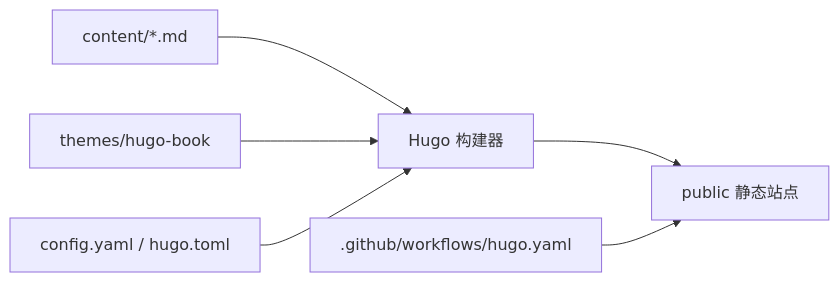
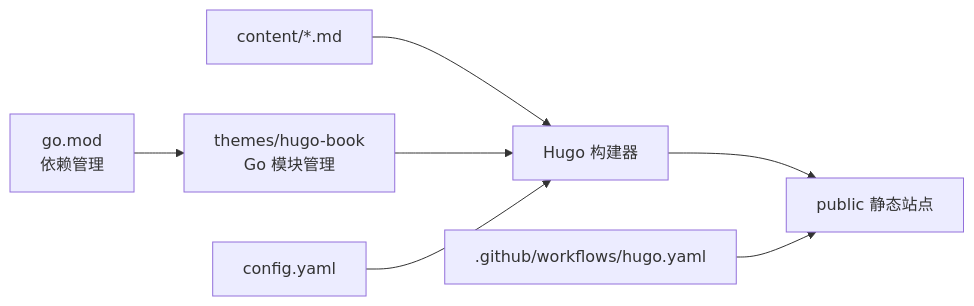
One commit to nianjiang/nianjiang.github.io changed the third of 3 diagrams in .qoder/repowiki/zh/content/贡献指南.md. Above: the diagram before and after it, drawn with Mermaid. The commit also changed other lines of this file and 176 other files, not shown here.

````diff
--- a/.qoder/repowiki/zh/content/贡献指南.md
+++ b/.qoder/repowiki/zh/content/贡献指南.md
@@ -235,8 +252,9 @@
 ```mermaid
 graph LR
 Content["content/*.md"] --> Hugo["Hugo 构建器"]
-Theme["themes/hugo-book"] --> Hugo
-Config["config.yaml / hugo.toml"] --> Hugo
+Theme["themes/hugo-book<br/>Go 模块管理"] --> Hugo
+Config["config.yaml"] --> Hugo
+GoMod["go.mod<br/>依赖管理"] --> Theme
 Hugo --> Public["public 静态站点"]
 Actions[".github/workflows/hugo.yaml"] --> Public
 ```
````
